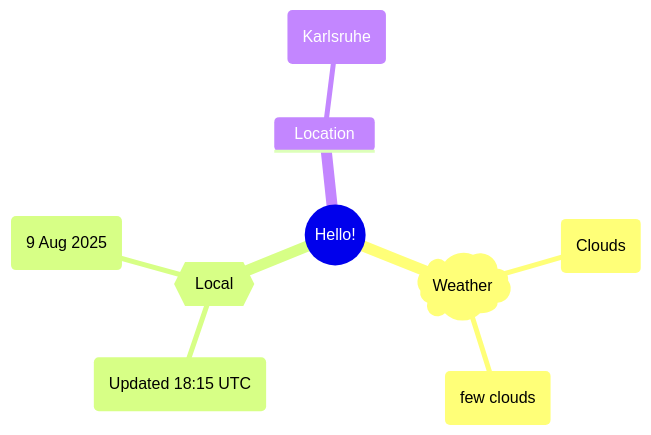
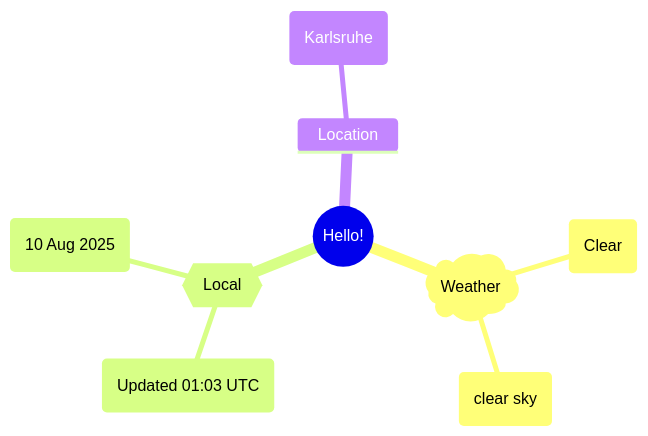
The first of 2 diagrams in README.md (Xosrov/Xosrov), drawn with Mermaid before and after one commit.

Commit message:
[bot] updated images

````diff
--- a/README.md
+++ b/README.md
@@ -3,12 +3,12 @@
 ```mermaid
 mindmap
   root((Hello!))
     )Weather(
-        (Clouds)
-        (few clouds)
+        (Clear)
+        (clear sky)
     {{Local}}
-        (Updated 18:15 UTC)
-        (9 Aug 2025)
+        (Updated 01:03 UTC)
+        (10 Aug 2025)
     Location
         (Karlsruhe)
 ```
````
